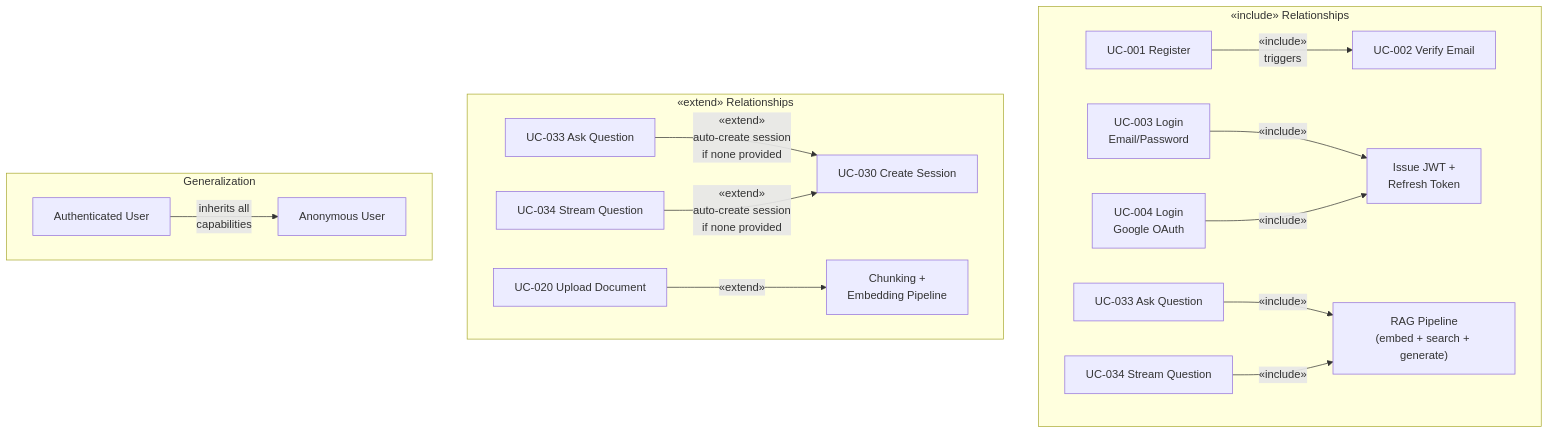
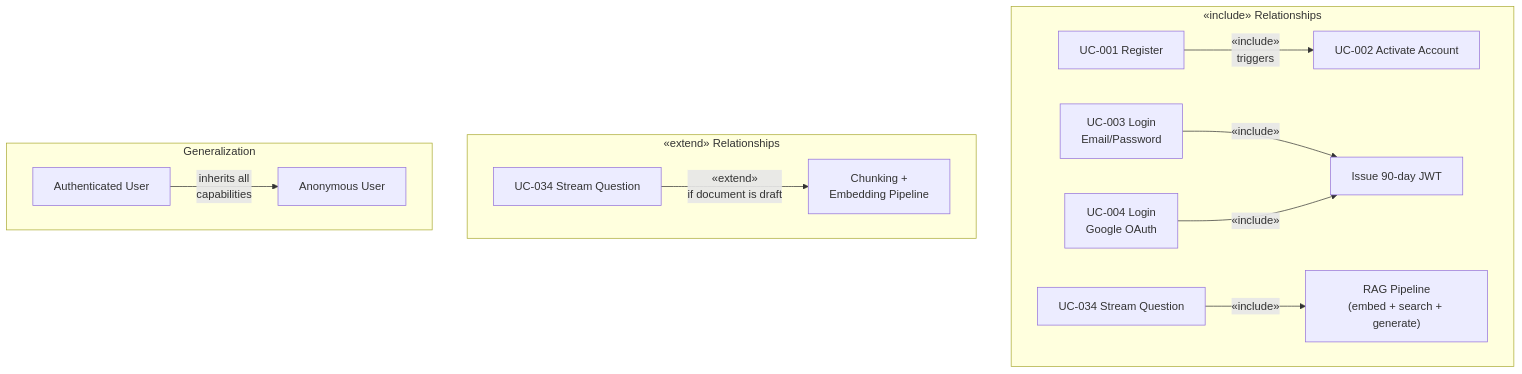
Before and after one commit to ABDELRAHMAN-ELRAYES/Vai: the second of 2 diagrams in docs/diagrams/Use_Case_Diagram.md, drawn with Mermaid. The commit also changed other lines of this file and 14 other files, not shown here.

````diff
--- a/docs/diagrams/Use_Case_Diagram.md
+++ b/docs/diagrams/Use_Case_Diagram.md
@@ -124,38 +110,30 @@
 ```mermaid
 graph TD
     subgraph Include["«include» Relationships"]
         UC001["UC-001 Register"]
-        UC002["UC-002 Verify Email"]
+        UC002["UC-002 Activate Account"]
         UC001 -->|"«include»\ntriggers"| UC002
 
         UC003["UC-003 Login\nEmail/Password"]
         UC004["UC-004 Login\nGoogle OAuth"]
-        UC_JWT["Issue JWT +\nRefresh Token"]
+        UC_JWT["Issue 90-day JWT"]
         UC003 -->|"«include»"| UC_JWT
         UC004 -->|"«include»"| UC_JWT
 
-        UC033["UC-033 Ask Question"]
         UC034["UC-034 Stream Question"]
         UC_RAG["RAG Pipeline\n(embed + search + generate)"]
-        UC033 -->|"«include»"| UC_RAG
         UC034 -->|"«include»"| UC_RAG
     end
 
     subgraph Extend["«extend» Relationships"]
-        UC030["UC-030 Create Session"]
-        UC033b["UC-033 Ask Question"]
         UC034b["UC-034 Stream Question"]
-        UC033b -->|"«extend»\nauto-create session\nif none provided"| UC030
-        UC034b -->|"«extend»\nauto-create session\nif none provided"| UC030
-
-        UC020["UC-020 Upload Document"]
         UC_Chunk["Chunking +\nEmbedding Pipeline"]
-        UC020 -->|"«extend»"| UC_Chunk
+        UC034b -->|"«extend»\nif document is draft"| UC_Chunk
     end
 
     subgraph Generalization["Generalization"]
         Anon["Anonymous User"]
         Auth["Authenticated User"]
         Auth -->|"inherits all\ncapabilities"| Anon
     end
 ```
````
